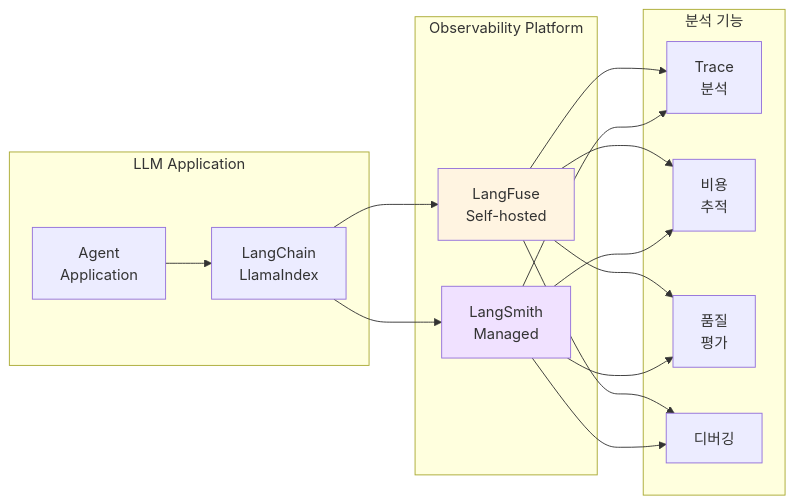
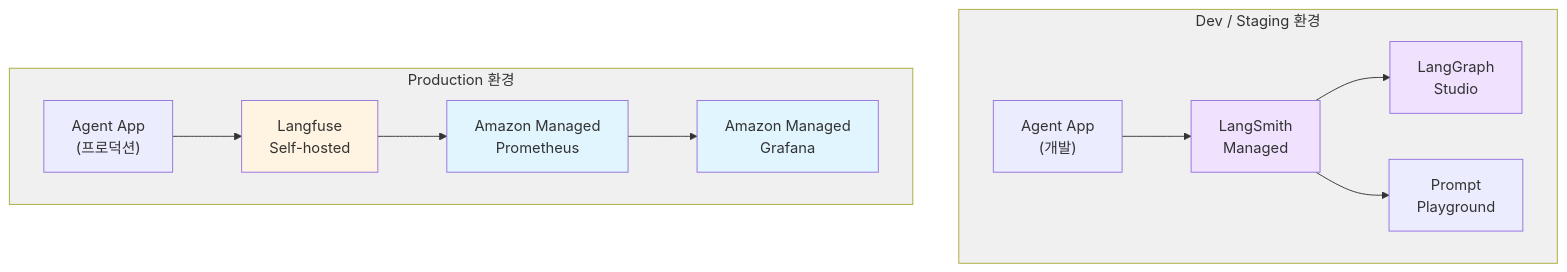
Before and after one commit to devfloor9/engineering-playbook: the seventh of 16 diagrams in docs/agentic-ai-platform/design-architecture/agentic-ai-challenges.md, drawn with Mermaid. The commit also changed other lines of this file and 21 other files, not shown here.

````diff
--- a/docs/agentic-ai-platform/design-architecture/agentic-ai-challenges.md
+++ b/docs/agentic-ai-platform/design-architecture/agentic-ai-challenges.md
@@ -299,34 +354,32 @@
 ```mermaid
-flowchart LR
-    subgraph Application["LLM Application"]
-        APP["Agent<br/>Application"]
-        CHAIN["LangChain<br/>LlamaIndex"]
+flowchart TD
+    subgraph DevStaging["Dev / Staging 환경"]
+        DEV_APP["Agent App<br/>(개발)"]
+        LS["LangSmith<br/>Managed"]
+        STUDIO["LangGraph<br/>Studio"]
+        PLAYGROUND["Prompt<br/>Playground"]
     end
 
-    subgraph Platform["Observability Platform"]
-        LF["LangFuse<br/>Self-hosted"]
-        LS["LangSmith<br/>Managed"]
+    subgraph Production["Production 환경"]
+        PROD_APP["Agent App<br/>(프로덕션)"]
+        LF["Langfuse<br/>Self-hosted"]
+        AMP["Amazon Managed<br/>Prometheus"]
+        AMG["Amazon Managed<br/>Grafana"]
     end
 
-    subgraph Features["분석 기능"]
-        TRACE["Trace<br/>분석"]
-        COST["비용<br/>추적"]
-        EVAL["품질<br/>평가"]
-        DEBUG["디버깅"]
-    end
+    DEV_APP --> LS
+    LS --> STUDIO
+    LS --> PLAYGROUND
 
-    APP --> CHAIN
-    CHAIN --> LF
-    CHAIN --> LS
-    LF --> TRACE
-    LF --> COST
-    LF --> EVAL
-    LF --> DEBUG
-    LS --> TRACE
-    LS --> COST
-    LS --> EVAL
-    LS --> DEBUG
+    PROD_APP --> LF
+    LF --> AMP
+    AMP --> AMG
 
+    style LS fill:#f0e1ff
     style LF fill:#fff4e1
-    style LS fill:#f0e1ff
+    style STUDIO fill:#f0e1ff
+    style AMP fill:#e1f5ff
+    style AMG fill:#e1f5ff
+    style DevStaging fill:#f0f0f0
+    style Production fill:#f0f0f0
 ```
````
